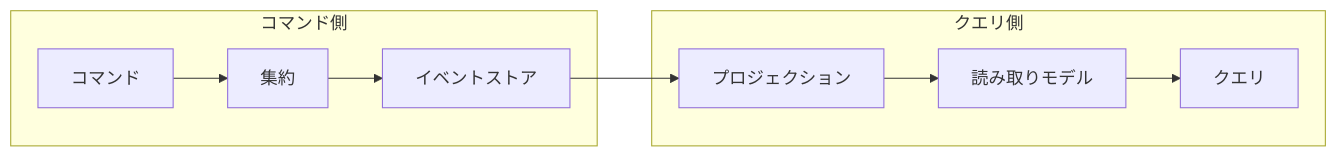
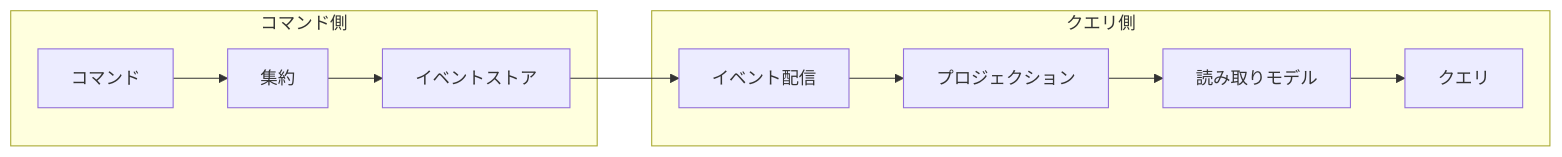
The diagram in articles/5ffc0f6a7251e4.md (135yshr/documents), drawn with Mermaid before and after one commit. The commit also changed other lines of this file, not shown here.

````diff
--- a/articles/5ffc0f6a7251e4.md
+++ b/articles/5ffc0f6a7251e4.md
@@ -589,12 +711,13 @@
 ```mermaid
 graph LR
     subgraph コマンド側
         A[コマンド] --> B[集約]
         B --> C[イベントストア]
     end
+    C --> D[イベント配信]
     subgraph クエリ側
-        C --> D[プロジェクション]
-        D --> E[読み取りモデル]
-        E --> F[クエリ]
+        D --> E[プロジェクション]
+        E --> F[読み取りモデル]
+        F --> G[クエリ]
     end
 ```
````
